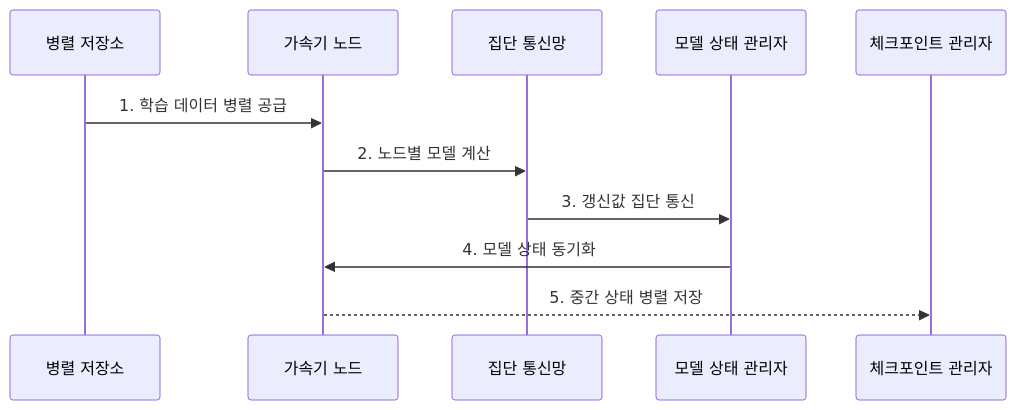
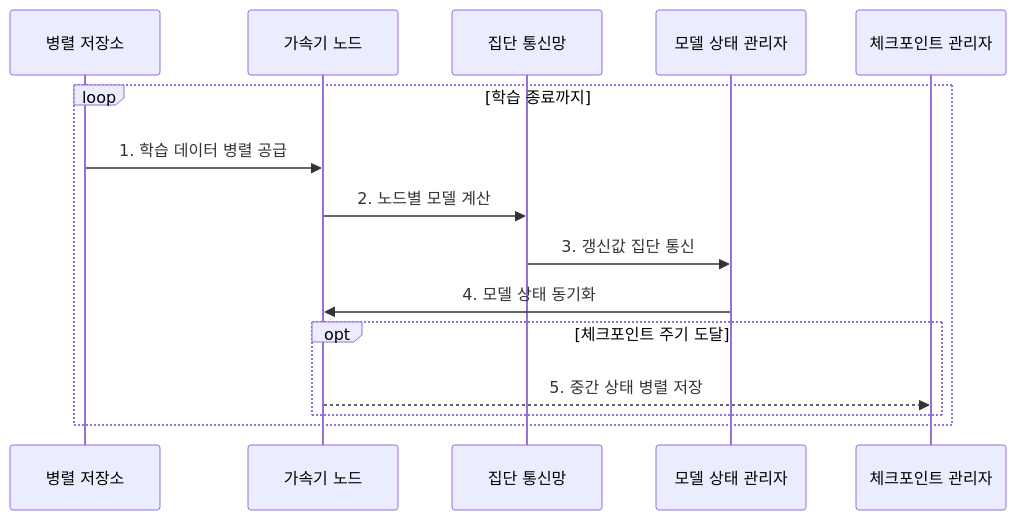
Before and after one commit to agnusdei1207/knowledge-base: the second of 2 diagrams in src/content/docs/notes/08-latest-tech/138_ai_supercomputing.md, drawn with Mermaid. The commit also changed other lines of this file and 14 other files, not shown here.

````diff
--- a/src/content/docs/notes/08-latest-tech/138_ai_supercomputing.md
+++ b/src/content/docs/notes/08-latest-tech/138_ai_supercomputing.md
@@ -101,13 +101,17 @@
 ```mermaid
 sequenceDiagram
     participant S as 병렬 저장소
     participant N as 가속기 노드
     participant F as 집단 통신망
     participant M as 모델 상태 관리자
     participant C as 체크포인트 관리자
-    S->>N: 1. 학습 데이터 병렬 공급
-    N->>F: 2. 노드별 모델 계산
-    F->>M: 3. 갱신값 집단 통신
-    M->>N: 4. 모델 상태 동기화
-    N-->>C: 5. 중간 상태 병렬 저장
+    loop 학습 종료까지
+        S->>N: 1. 학습 데이터 병렬 공급
+        N->>F: 2. 노드별 모델 계산
+        F->>M: 3. 갱신값 집단 통신
+        M->>N: 4. 모델 상태 동기화
+        opt 체크포인트 주기 도달
+            N-->>C: 5. 중간 상태 병렬 저장
+        end
+    end
 ```
````
